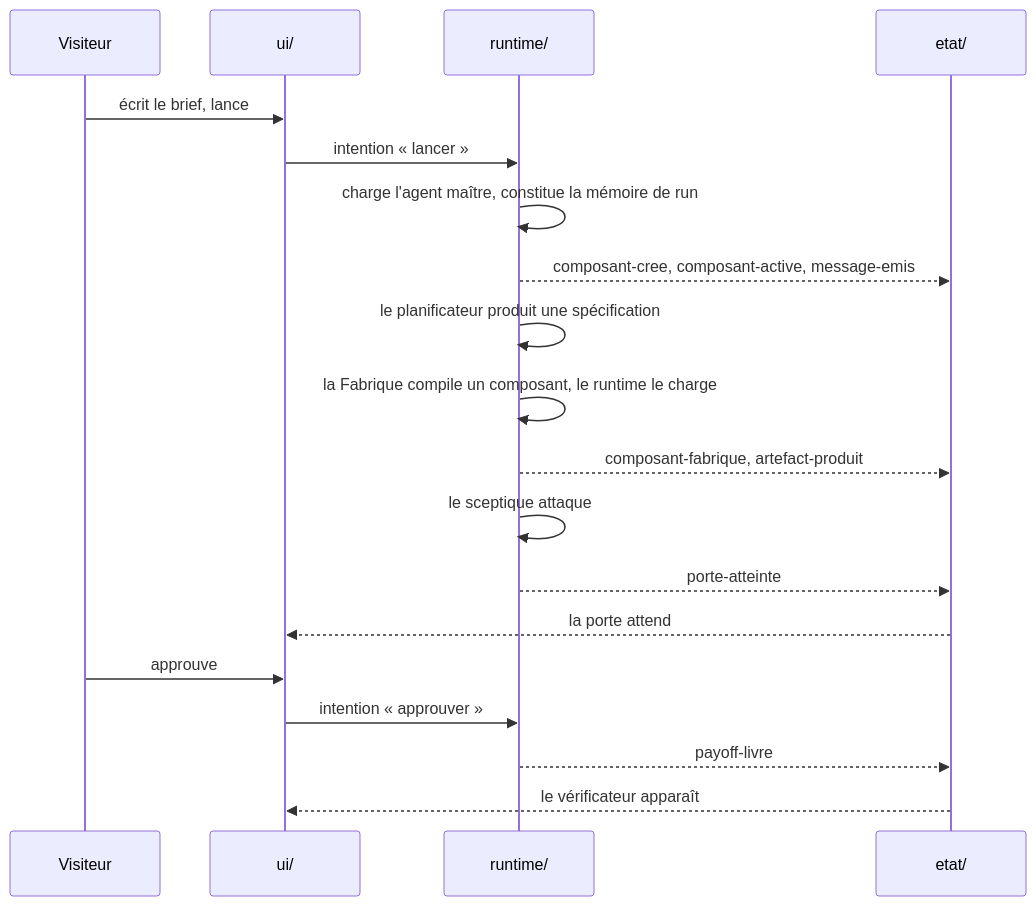
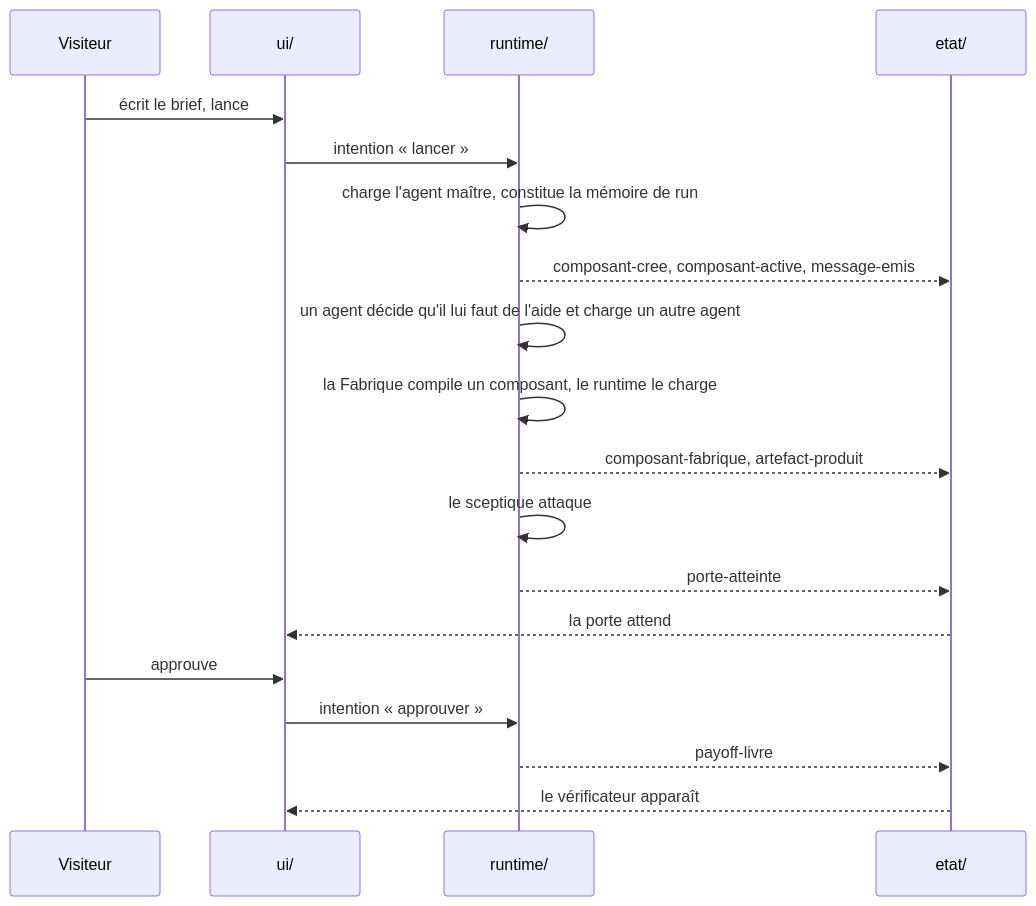
One commit to guillaume-flambard/usine changed the third of 5 diagrams in _bmad-output/planning-artifacts/architecture/architecture-usine-2026-08-20/ARCHITECTURE-SPINE.md. Above: the diagram before and after it, drawn with Mermaid. The commit also changed other lines of this file and 1 other file, not shown here.

First line of the commit message:
docs(architecture): renverser AD-8 et AD-16, remplacer AD-23/24

````diff
--- a/_bmad-output/planning-artifacts/architecture/architecture-usine-2026-08-20/ARCHITECTURE-SPINE.md
+++ b/_bmad-output/planning-artifacts/architecture/architecture-usine-2026-08-20/ARCHITECTURE-SPINE.md
@@ -281,22 +298,22 @@
 ```mermaid
 sequenceDiagram
   participant U as Visiteur
   participant UI as ui/
   participant R as runtime/
   participant E as etat/
 
   U->>UI: écrit le brief, lance
   UI->>R: intention « lancer »
   R->>R: charge l'agent maître, constitue la mémoire de run
   R-->>E: composant-cree, composant-active, message-emis
-  R->>R: le planificateur produit une spécification
+  R->>R: un agent décide qu'il lui faut de l'aide et charge un autre agent
   R->>R: la Fabrique compile un composant, le runtime le charge
   R-->>E: composant-fabrique, artefact-produit
   R->>R: le sceptique attaque
   R-->>E: porte-atteinte
   E-->>UI: la porte attend
   U->>UI: approuve
   UI->>R: intention « approuver »
   R-->>E: payoff-livre
   E-->>UI: le vérificateur apparaît
 ```
````
